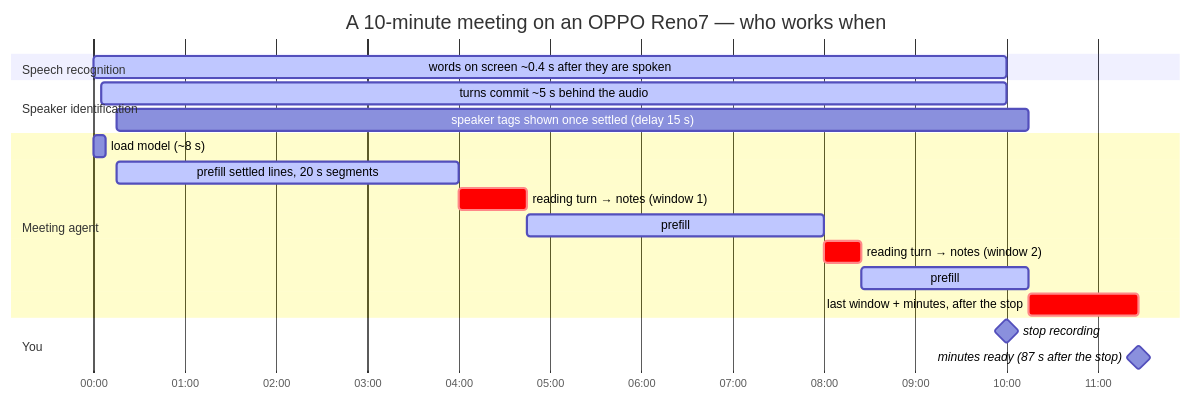
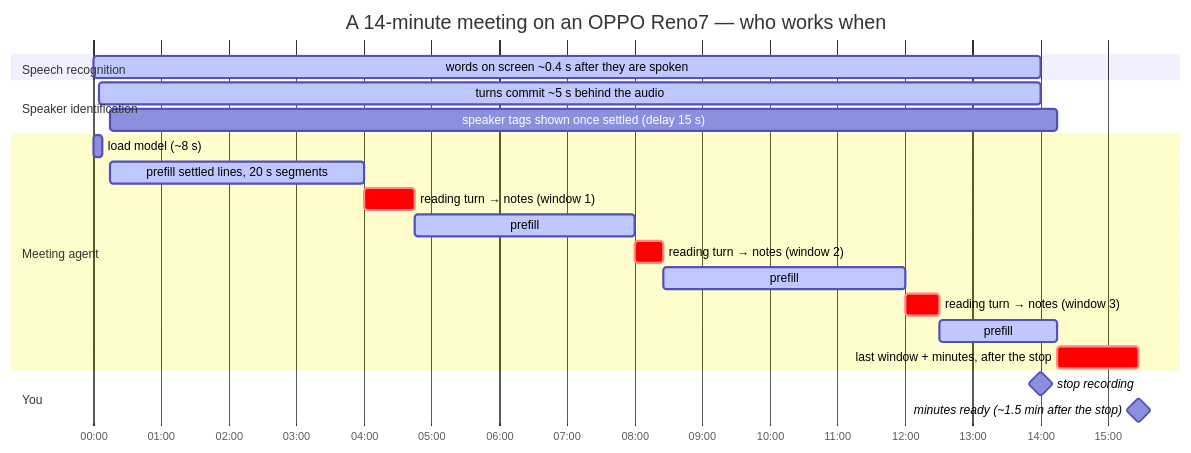
The diagram in README.md (vieenrose/VoxSum), drawn with Mermaid before and after one commit. The commit also changed 1 other file, not shown here.

Commit message:
docs(readme): timing diagram with three full windows + the last one
Claude-Session: https://claude.ai/code/session_013ipgWedcCY7qR4GAAW6oQe

````diff
--- a/README.md
+++ b/README.md
@@ -180,22 +180,24 @@
 ```mermaid
 gantt
-    title A 10-minute meeting on an OPPO Reno7 — who works when
+    title A 14-minute meeting on an OPPO Reno7 — who works when
     dateFormat mm:ss
     axisFormat %M:%S
     section Speech recognition
-    words on screen ~0.4 s after they are spoken   :active, a1, 00:00, 10:00
+    words on screen ~0.4 s after they are spoken   :active, a1, 00:00, 14:00
     section Speaker identification
-    turns commit ~5 s behind the audio             :active, d1, 00:05, 10:00
-    speaker tags shown once settled (delay 15 s)   :d2, 00:15, 10:15
+    turns commit ~5 s behind the audio             :active, d1, 00:05, 14:00
+    speaker tags shown once settled (delay 15 s)   :d2, 00:15, 14:15
     section Meeting agent
     load model (~8 s)                               :g0, 00:00, 00:08
     prefill settled lines, 20 s segments           :active, g1, 00:15, 04:00
     reading turn → notes (window 1)                :crit, g2, 04:00, 04:45
     prefill                                        :active, g3, 04:45, 08:00
     reading turn → notes (window 2)                :crit, g4, 08:00, 08:25
-    prefill                                        :active, g5, 08:25, 10:15
-    last window + minutes, after the stop           :crit, g6, 10:15, 11:27
+    prefill                                        :active, g5, 08:25, 12:00
+    reading turn → notes (window 3)                :crit, g6, 12:00, 12:30
+    prefill                                        :active, g7, 12:30, 14:15
+    last window + minutes, after the stop           :crit, g8, 14:15, 15:27
     section You
-    stop recording                                  :milestone, m1, 10:00, 0s
-    minutes ready (87 s after the stop)             :milestone, m2, 11:27, 0s
+    stop recording                                  :milestone, m1, 14:00, 0s
+    minutes ready (~1.5 min after the stop)         :milestone, m2, 15:27, 0s
 ```
````
